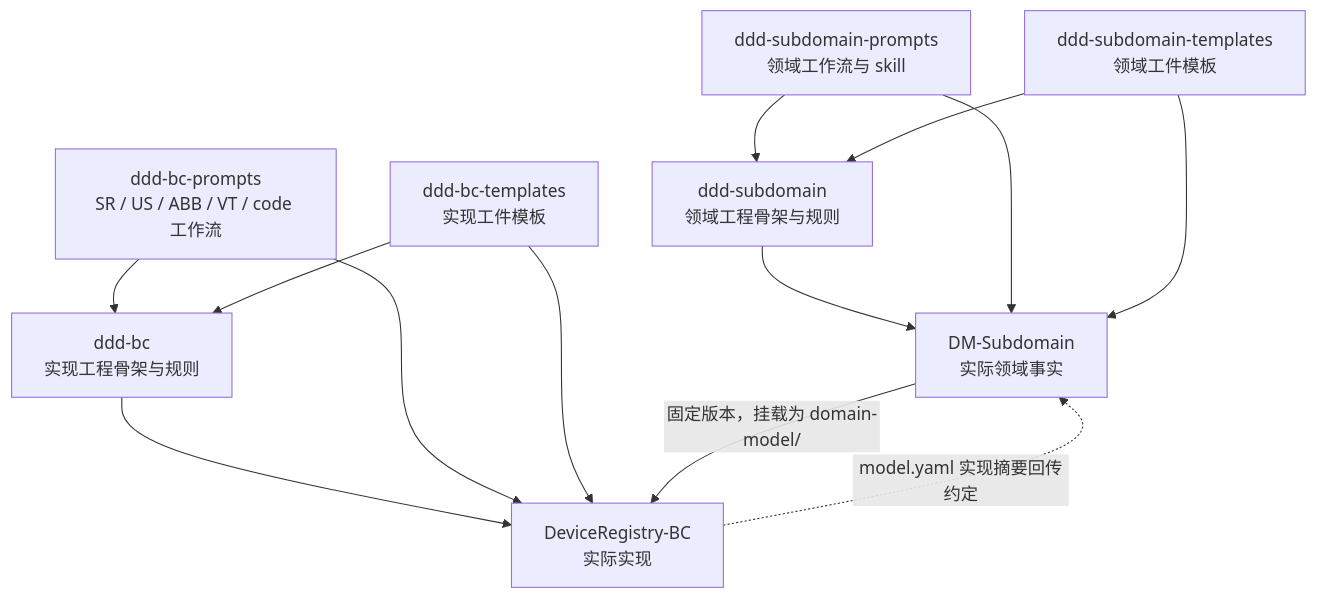
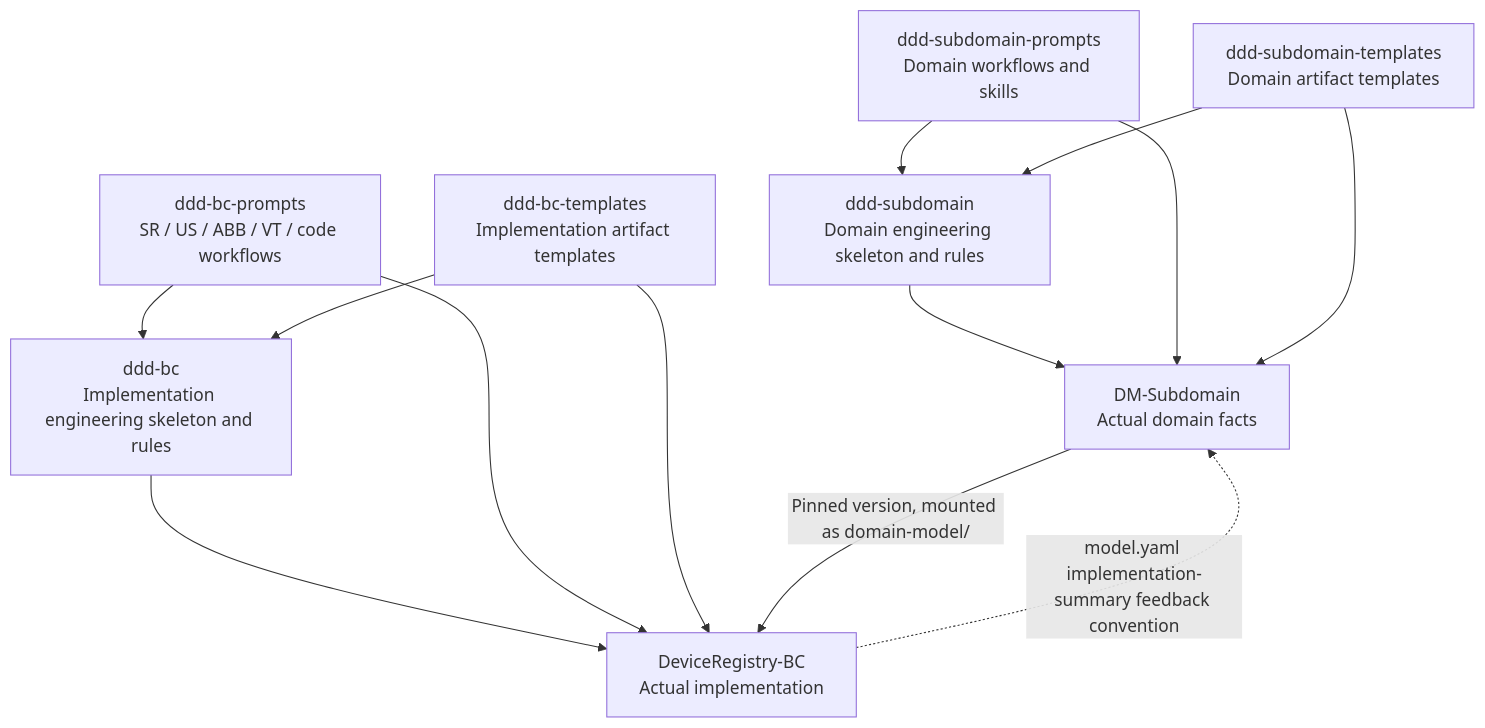
The diagram in docs/research/reference-repositories.md (callentan/agent-native-scaffold), drawn with Mermaid before and after one commit. The commit also changed other lines of this file and 129 other files, not shown here.

````diff
--- a/docs/research/reference-repositories.md
+++ b/docs/research/reference-repositories.md
@@ -15,15 +15,15 @@
 ```mermaid
 flowchart TB
-    SD["ddd-subdomain<br/>领域工程骨架与规则"] --> DM["DM-Subdomain<br/>实际领域事实"]
-    SDP["ddd-subdomain-prompts<br/>领域工作流与 skill"] --> SD
+    SD["ddd-subdomain<br/>Domain engineering skeleton and rules"] --> DM["DM-Subdomain<br/>Actual domain facts"]
+    SDP["ddd-subdomain-prompts<br/>Domain workflows and skills"] --> SD
     SDP --> DM
-    SDT["ddd-subdomain-templates<br/>领域工件模板"] --> SD
+    SDT["ddd-subdomain-templates<br/>Domain artifact templates"] --> SD
     SDT --> DM
-    BC["ddd-bc<br/>实现工程骨架与规则"] --> DR["DeviceRegistry-BC<br/>实际实现"]
-    BCP["ddd-bc-prompts<br/>SR / US / ABB / VT / code 工作流"] --> BC
+    BC["ddd-bc<br/>Implementation engineering skeleton and rules"] --> DR["DeviceRegistry-BC<br/>Actual implementation"]
+    BCP["ddd-bc-prompts<br/>SR / US / ABB / VT / code workflows"] --> BC
     BCP --> DR
-    BCT["ddd-bc-templates<br/>实现工件模板"] --> BC
+    BCT["ddd-bc-templates<br/>Implementation artifact templates"] --> BC
     BCT --> DR
-    DM -->|"固定版本，挂载为 domain-model/"| DR
-    DR -. "model.yaml 实现摘要回传约定" .-> DM
+    DM -->|"Pinned version, mounted as domain-model/"| DR
+    DR -. "model.yaml implementation-summary feedback convention" .-> DM
 ```
````
